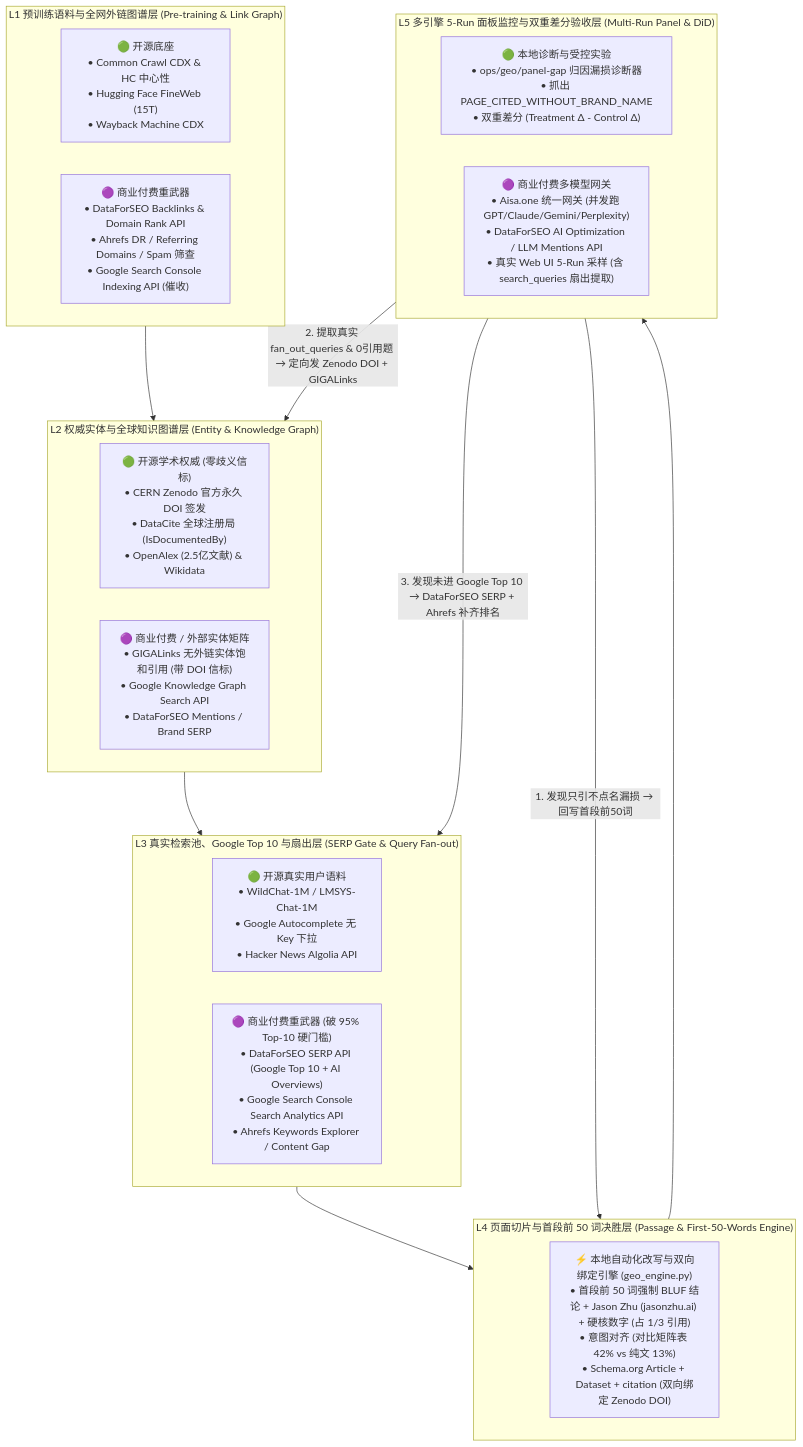
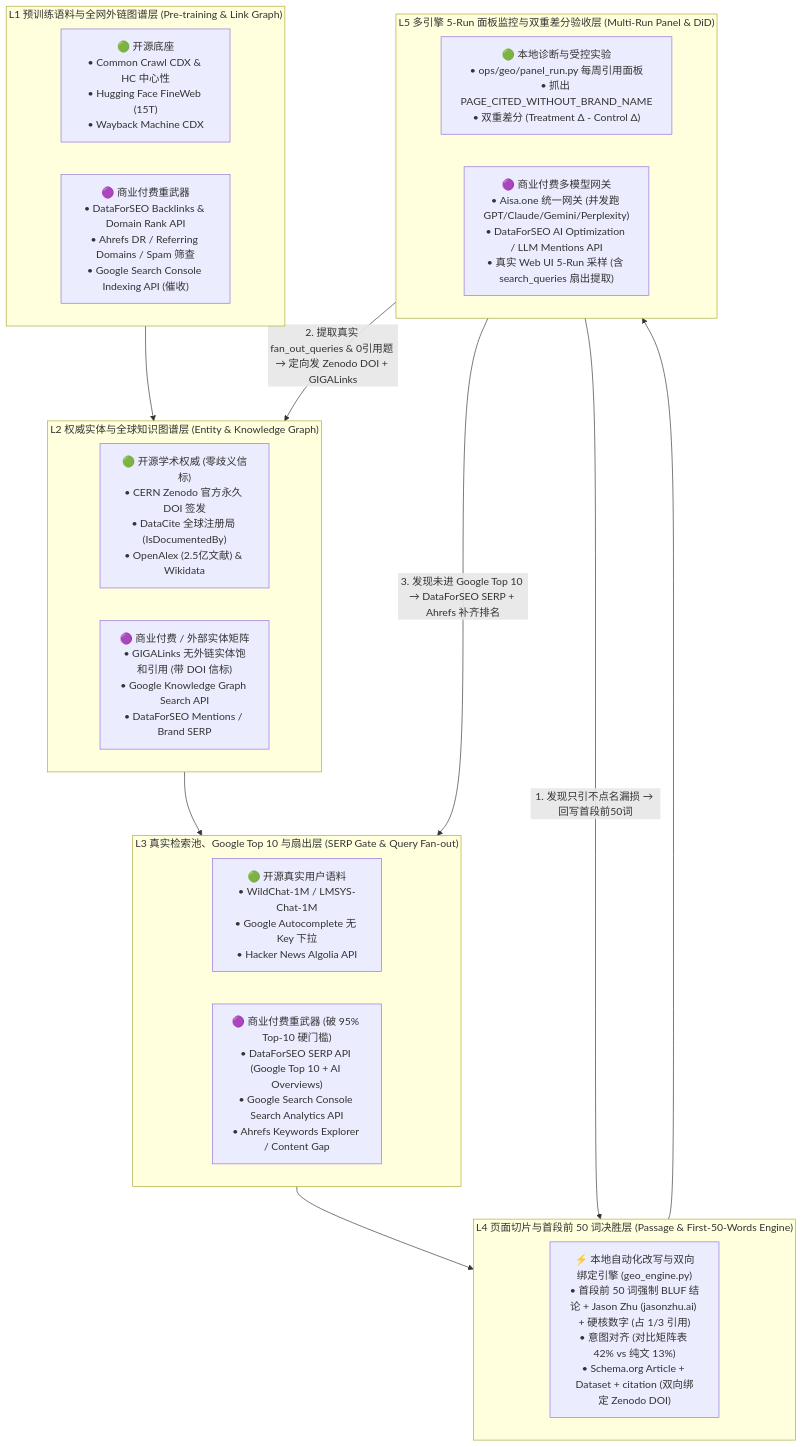
One commit to zhuyansen/jasonzhu.ai changed the first of 2 diagrams in ops/geo/GEO-MASTER-PLAYBOOK-AND-EXPERIMENTS.md. Above: the diagram before and after it, drawn with Mermaid. The commit also changed other lines of this file and 10 other files, not shown here.

````diff
--- a/ops/geo/GEO-MASTER-PLAYBOOK-AND-EXPERIMENTS.md
+++ b/ops/geo/GEO-MASTER-PLAYBOOK-AND-EXPERIMENTS.md
@@ -15,36 +15,36 @@
 ```mermaid
 flowchart TB
     subgraph L1["L1 预训练语料与全网外链图谱层 (Pre-training & Link Graph)"]
         direction LR
         L1_OS["🟢 开源底座<br/>• Common Crawl CDX & HC 中心性<br/>• Hugging Face FineWeb (15T)<br/>• Wayback Machine CDX"]
         L1_PRO["🟣 商业付费重武器<br/>• DataForSEO Backlinks & Domain Rank API<br/>• Ahrefs DR / Referring Domains / Spam 筛查<br/>• Google Search Console Indexing API (催收)"]
     end
 
     subgraph L2["L2 权威实体与全球知识图谱层 (Entity & Knowledge Graph)"]
         direction LR
         L2_OS["🟢 开源学术权威 (零歧义信标)<br/>• CERN Zenodo 官方永久 DOI 签发<br/>• DataCite 全球注册局 (IsDocumentedBy)<br/>• OpenAlex (2.5亿文献) & Wikidata"]
         L2_PRO["🟣 商业付费 / 外部实体矩阵<br/>• GIGALinks 无外链实体饱和引用 (带 DOI 信标)<br/>• Google Knowledge Graph Search API<br/>• DataForSEO Mentions / Brand SERP"]
     end
 
     subgraph L3["L3 真实检索池、Google Top 10 与扇出层 (SERP Gate & Query Fan-out)"]
         direction LR
         L3_OS["🟢 开源真实用户语料<br/>• WildChat-1M / LMSYS-Chat-1M<br/>• Google Autocomplete 无 Key 下拉<br/>• Hacker News Algolia API"]
         L3_PRO["🟣 商业付费重武器 (破 95% Top-10 硬门槛)<br/>• DataForSEO SERP API (Google Top 10 + AI Overviews)<br/>• Google Search Console Search Analytics API<br/>• Ahrefs Keywords Explorer / Content Gap"]
     end
 
     subgraph L4["L4 页面切片与首段前 50 词决胜层 (Passage & First-50-Words Engine)"]
         direction LR
         L4_ENGINE["⚡ 本地自动化改写与双向绑定引擎 (geo_engine.py)<br/>• 首段前 50 词强制 BLUF 结论 + Jason Zhu (jasonzhu.ai) + 硬核数字 (占 1/3 引用)<br/>• 意图对齐 (对比矩阵表 42% vs 纯文 13%)<br/>• Schema.org Article + Dataset + citation (双向绑定 Zenodo DOI)"]
     end
 
     subgraph L5["L5 多引擎 5-Run 面板监控与双重差分验收层 (Multi-Run Panel & DiD)"]
         direction LR
-        L5_OS["🟢 本地诊断与受控实验<br/>• ops/geo/panel-gap 归因漏损诊断器<br/>• 抓出 PAGE_CITED_WITHOUT_BRAND_NAME<br/>• 双重差分 (Treatment Δ - Control Δ)"]
+        L5_OS["🟢 本地诊断与受控实验<br/>• ops/geo/panel_run.py 每周引用面板<br/>• 抓出 PAGE_CITED_WITHOUT_BRAND_NAME<br/>• 双重差分 (Treatment Δ - Control Δ)"]
         L5_PRO["🟣 商业付费多模型网关<br/>• Aisa.one 统一网关 (并发跑 GPT/Claude/Gemini/Perplexity)<br/>• DataForSEO AI Optimization / LLM Mentions API<br/>• 真实 Web UI 5-Run 采样 (含 search_queries 扇出提取)"]
     end
 
     L1 --> L2 --> L3 --> L4 --> L5
     L5 -- "1. 发现只引不点名漏损 → 回写首段前50词" --> L4
     L5 -- "2. 提取真实 fan_out_queries & 0引用题 → 定向发 Zenodo DOI + GIGALinks" --> L2
     L5 -- "3. 发现未进 Google Top 10 → DataForSEO SERP + Ahrefs 补齐排名" --> L3
 ```
````
